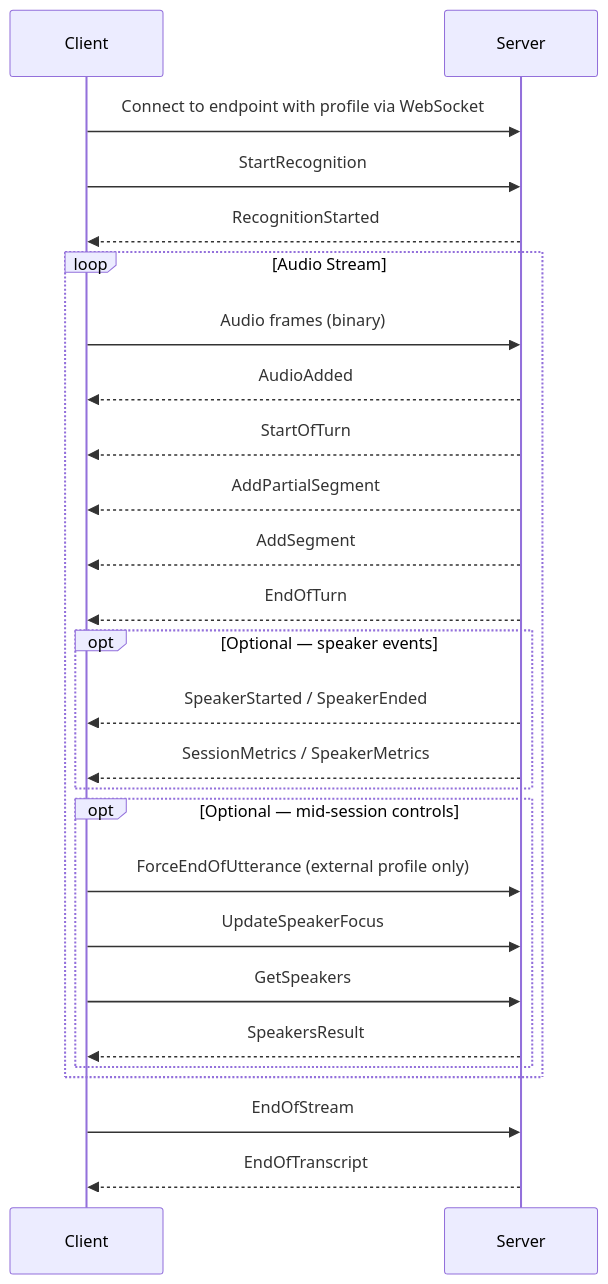
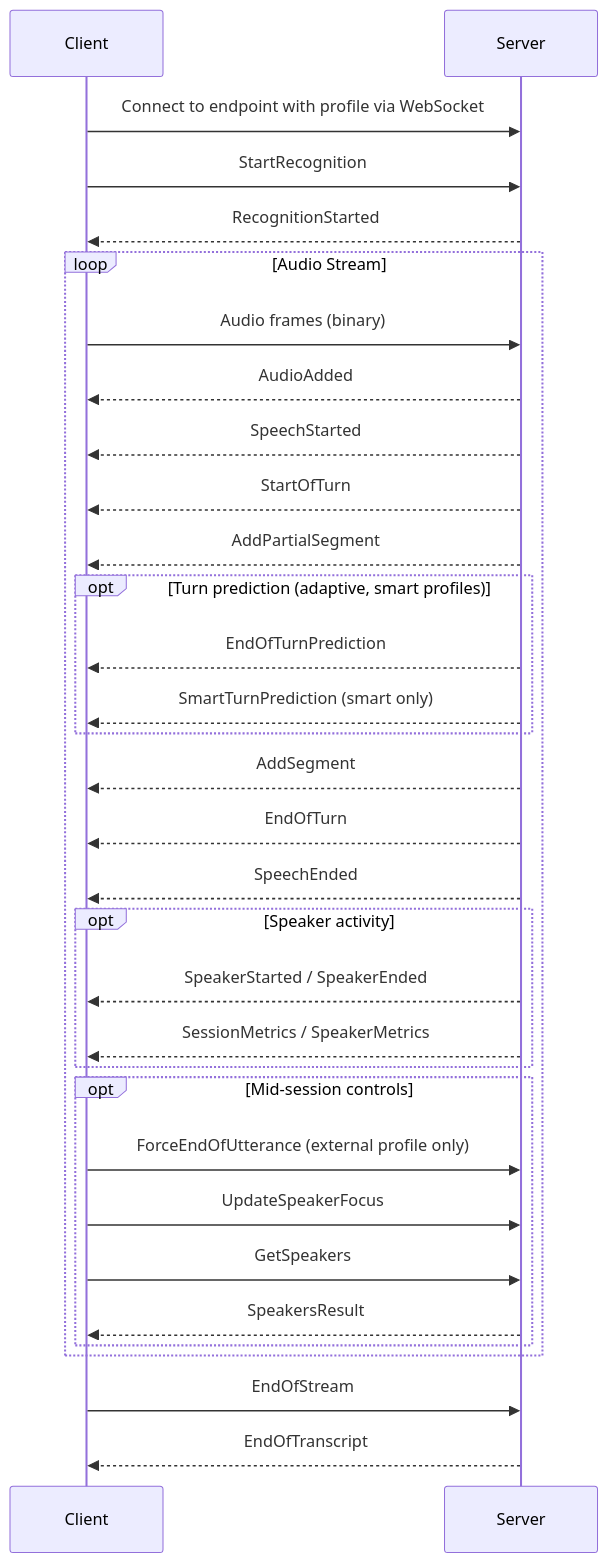
The diagram in docs/private/voice-agent-api.mdx (speechmatics/docs), drawn with Mermaid before and after one commit. The commit also changed other lines of this file, not shown here.

````diff
--- a/docs/private/voice-agent-api.mdx
+++ b/docs/private/voice-agent-api.mdx
@@ -82,33 +82,42 @@
 ```mermaid
 sequenceDiagram
     participant C as Client
     participant S as Server
 
     C->>S: Connect to endpoint with profile via WebSocket
     C->>S: StartRecognition
     S-->>C: RecognitionStarted
 
     loop Audio Stream
         C->>S: Audio frames (binary)
         S-->>C: AudioAdded
+
+        S-->>C: SpeechStarted
         S-->>C: StartOfTurn
         S-->>C: AddPartialSegment
+
+        opt Turn prediction (adaptive, smart profiles)
+            S-->>C: EndOfTurnPrediction
+            S-->>C: SmartTurnPrediction (smart only)
+        end
+
         S-->>C: AddSegment
         S-->>C: EndOfTurn
+        S-->>C: SpeechEnded
 
-        opt Optional — speaker events
+        opt Speaker activity
             S-->>C: SpeakerStarted / SpeakerEnded
             S-->>C: SessionMetrics / SpeakerMetrics
         end
 
-        opt Optional — mid-session controls
+        opt Mid-session controls
             C->>S: ForceEndOfUtterance (external profile only)
             C->>S: UpdateSpeakerFocus
             C->>S: GetSpeakers
             S-->>C: SpeakersResult
         end
     end
 
     C->>S: EndOfStream
     S-->>C: EndOfTranscript
 ```
````
